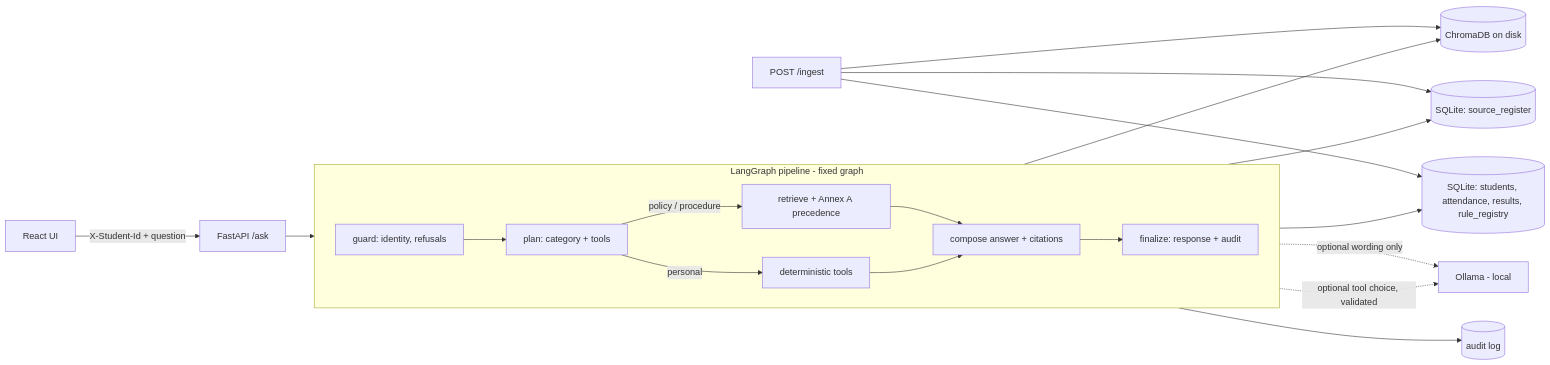
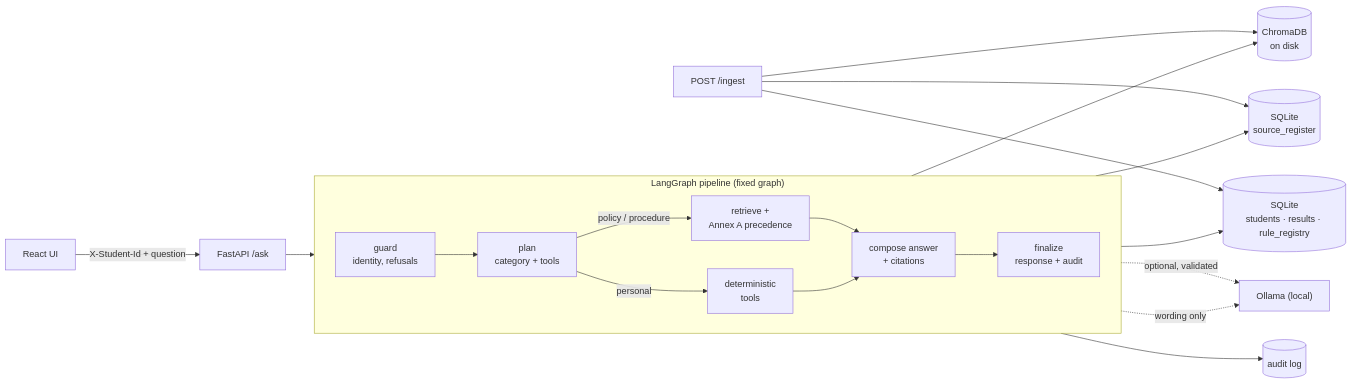
One commit to DishantSaini55/uniAssist changed the diagram in README.md. Above: the diagram before and after it, drawn with Mermaid. The commit also changed other lines of this file and 1 other file, not shown here.

````diff
--- a/README.md
+++ b/README.md
@@ -21,23 +91,23 @@
 ```mermaid
 flowchart LR
-    UI[React UI] -->|X-Student-Id + question| API[FastAPI /ask]
-    API --> G[LangGraph pipeline]
-    subgraph G[LangGraph pipeline - fixed graph]
-      direction LR
-      guard[guard: identity, refusals] --> plan[plan: category + tools]
-      plan -->|policy / procedure| retrieve[retrieve + Annex A precedence]
-      plan -->|personal| tools[deterministic tools]
-      retrieve --> compose
-      tools --> compose[compose answer + citations]
-      compose --> final[finalize: response + audit]
+    UI["React UI"] -->|"X-Student-Id + question"| API["FastAPI /ask"]
+    API --> guard
+    subgraph LG["LangGraph pipeline (fixed graph)"]
+        direction LR
+        guard["guard<br/>identity, refusals"] --> plan["plan<br/>category + tools"]
+        plan -->|"policy / procedure"| retrieve["retrieve +<br/>Annex A precedence"]
+        plan -->|"personal"| tools["deterministic<br/>tools"]
+        retrieve --> compose["compose answer<br/>+ citations"]
+        tools --> compose
+        compose --> final["finalize<br/>response + audit"]
     end
-    retrieve --> V[(ChromaDB on disk)]
-    retrieve --> S[(SQLite: source_register)]
-    tools --> S2[(SQLite: students, attendance, results, rule_registry)]
-    compose -. optional wording only .-> LLM[Ollama - local]
-    plan -. optional tool choice, validated .-> LLM
-    final --> A[(audit log)]
-    ING[POST /ingest] --> V
+    retrieve --> V[("ChromaDB<br/>on disk")]
+    retrieve --> S[("SQLite<br/>source_register")]
+    tools --> S2[("SQLite<br/>students · results · rule_registry")]
+    plan -. "optional, validated" .-> LLM["Ollama (local)"]
+    compose -. "wording only" .-> LLM
+    final --> A[("audit log")]
+    ING["POST /ingest"] --> V
     ING --> S
     ING --> S2
 ```
````
